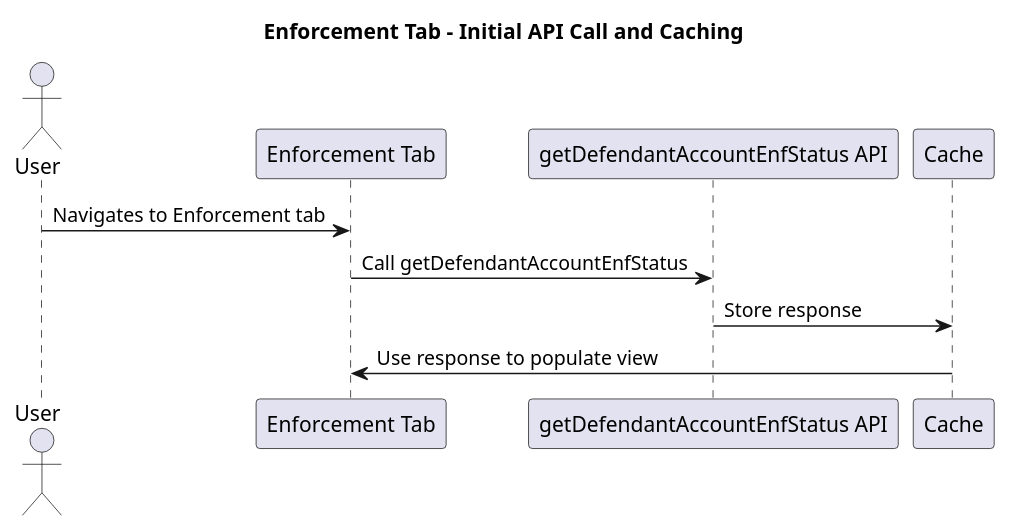
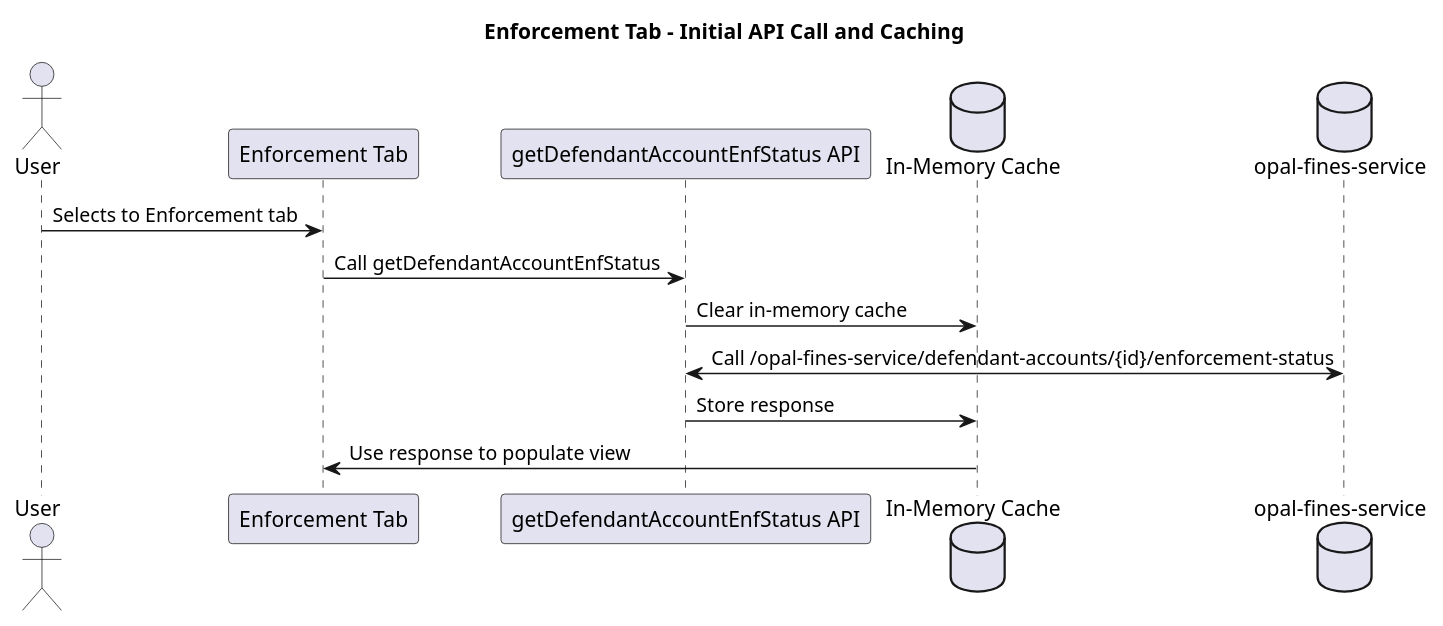
The diagram in plantUML/fae-enforcement/fae-enforcement-tab-ui.puml (hmcts/opal-docs), drawn with PlantUML before and after one commit. The commit also changed 6 other files, not shown here.

Commit message:
Refactor PlantUML diagrams to enhance clarity and consistency in API call and caching flows

```diff
--- a/plantUML/fae-enforcement/fae-enforcement-tab-ui.puml
+++ b/plantUML/fae-enforcement/fae-enforcement-tab-ui.puml
@@ -1,13 +1,16 @@
 @startuml
 title Enforcement Tab - Initial API Call and Caching
 
 actor User
 participant "Enforcement Tab" as Glance
 participant "getDefendantAccountEnfStatus API" as API
-participant "Cache"
+database "In-Memory Cache" as Cache
+database "opal-fines-service" as Backend
 
-User -> Glance : Navigates to Enforcement tab
+User -> Glance : Selects to Enforcement tab
 Glance -> API : Call getDefendantAccountEnfStatus
+API -> Cache : Clear in-memory cache
+API <-> Backend : Call /opal-fines-service/defendant-accounts/{id}/enforcement-status
 API -> Cache : Store response
 Glance <- Cache : Use response to populate view
 @enduml
```
